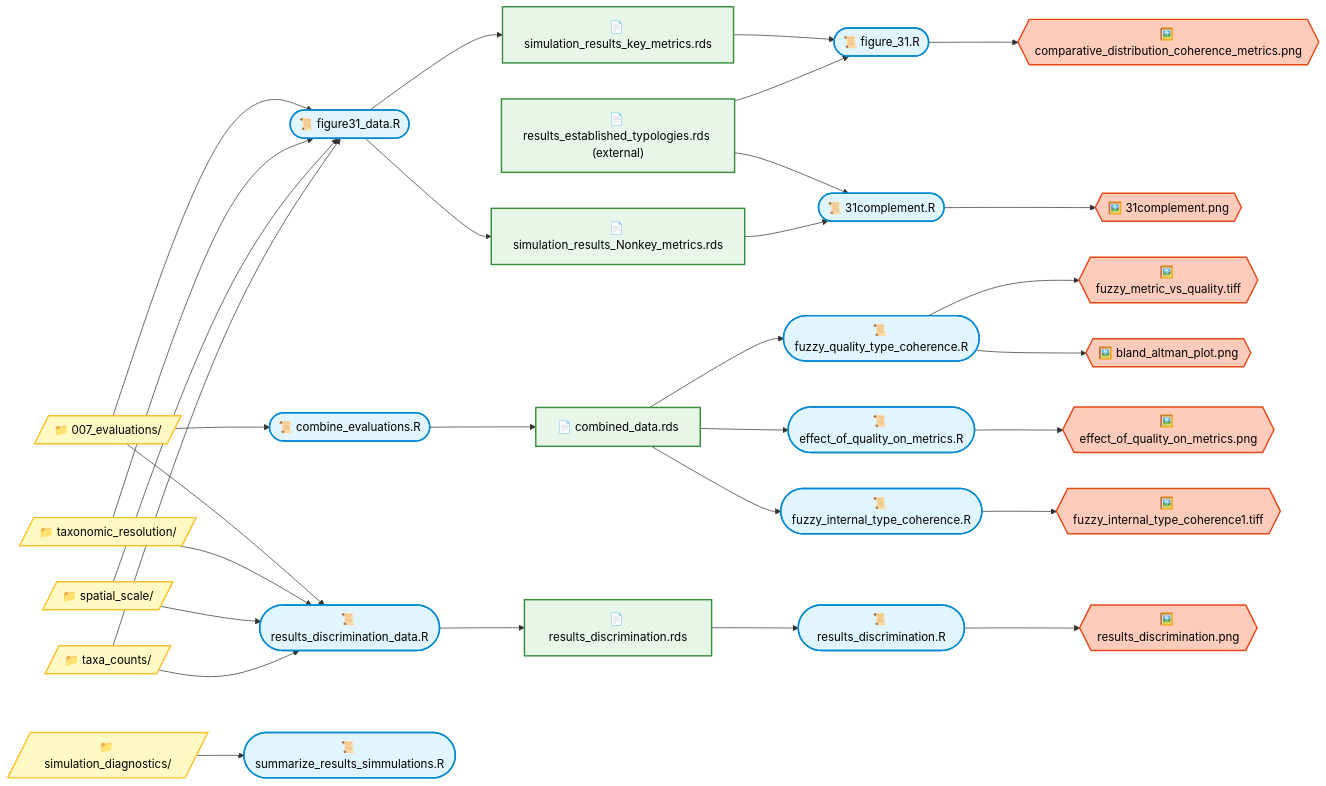
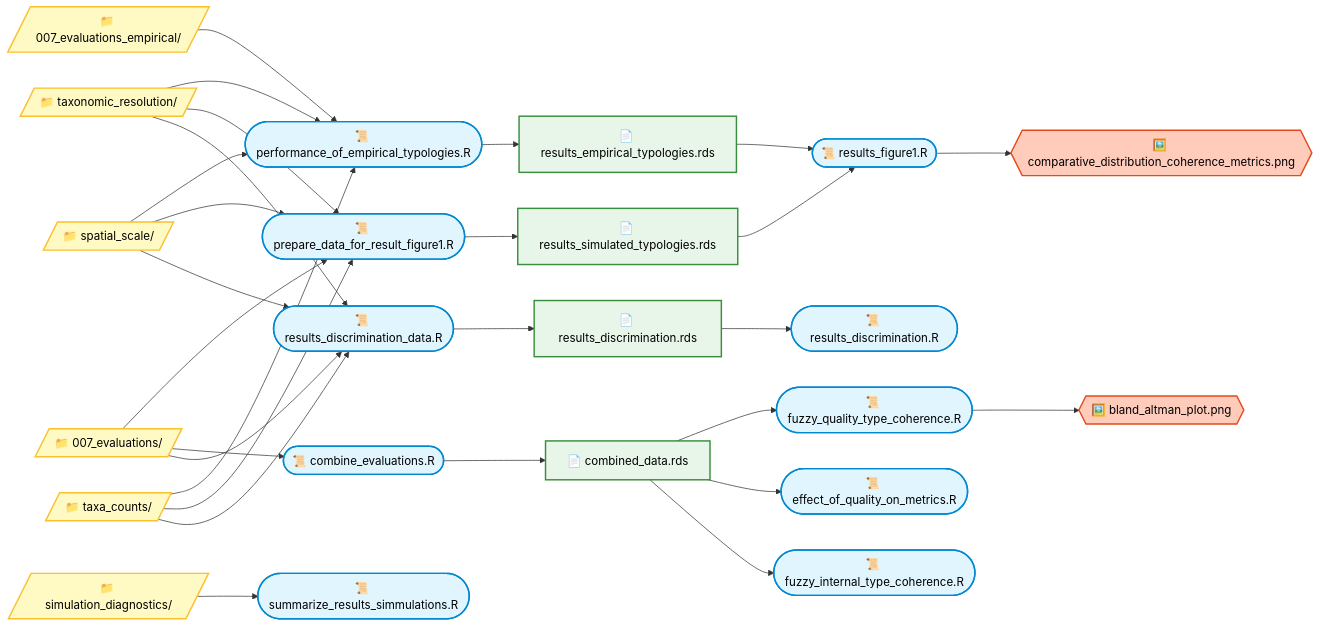
Before and after one commit to JonJup/FreshwaterTypologyBenchmarks: the first of 3 diagrams in docs/04_results_to_paper.md, drawn with Mermaid. The commit also changed other lines of this file, not shown here.

Commit message:
Update workflows and scripts in results paper

````diff
--- a/docs/04_results_to_paper.md
+++ b/docs/04_results_to_paper.md
@@ -41,82 +3,75 @@
-``` mermaid
+```mermaid
 flowchart LR
-
 classDef script fill:#E1F5FE,stroke:#0288D1,stroke-width:2px,color:#000
 classDef helper fill:#F3E5F5,stroke:#7B1FA2,stroke-width:2px,color:#000
 classDef file fill:#E8F5E9,stroke:#388E3C,stroke-width:2px,color:#000
 classDef folder fill:#FFF9C4,stroke:#FBC02D,stroke-width:2px,color:#000
 classDef figure fill:#FFCCBC,stroke:#E64A19,stroke-width:2px,color:#000
 
 %% Folders
-D1[/"📁 007_evaluations/"/]:::folder
-D2[/"📁 taxonomic_resolution/"/]:::folder
-D3[/"📁 spatial_scale/"/]:::folder
-D4[/"📁 taxa_counts/"/]:::folder
-D5[/"📁 simulation_diagnostics/"/]:::folder
+FD_EMP[/"📁 007_evaluations_empirical/"/]:::folder
+FD_EVAL[/"📁 007_evaluations/"/]:::folder
+FD_TAX[/"📁 taxonomic_resolution/"/]:::folder
+FD_SPA[/"📁 spatial_scale/"/]:::folder
+FD_CNT[/"📁 taxa_counts/"/]:::folder
+FD_SIM[/"📁 simulation_diagnostics/"/]:::folder
 
-%% Scripts
-S1(["📜 figure31_data.R"]):::script
-S2(["📜 combine_evaluations.R"]):::script
-S3(["📜 results_discrimination_data.R"]):::script
-S4(["📜 summarize_results_simmulations.R"]):::script
+%% Data-prep Scripts
+S_PERF(["📜 performance_of_empirical_typologies.R"]):::script
+S_PREP(["📜 prepare_data_for_result_figure1.R"]):::script
+S_COMB(["📜 combine_evaluations.R"]):::script
+S_DISC(["📜 results_discrimination_data.R"]):::script
+S_SUMM(["📜 summarize_results_simmulations.R"]):::script
 
 %% Figure Scripts
-SF1(["📜 figure_31.R"]):::script
-SF2(["📜 31complement.R"]):::script
-SF3(["📜 fuzzy_quality_type_coherence.R"]):::script
-SF4(["📜 effect_of_quality_on_metrics.R"]):::script
-SF5(["📜 fuzzy_internal_type_coherence.R"]):::script
-SF6(["📜 results_discrimination.R"]):::script
+SF_FIG1(["📜 results_figure1.R"]):::script
+SF_QTC(["📜 fuzzy_quality_type_coherence.R"]):::script
+SF_EQM(["📜 effect_of_quality_on_metrics.R"]):::script
+SF_ITC(["📜 fuzzy_internal_type_coherence.R"]):::script
+SF_DISC(["📜 results_discrimination.R"]):::script
 
 %% Files
-F1["📄 simulation_results_key_metrics.rds"]:::file
-F2["📄 simulation_results_Nonkey_metrics.rds"]:::file
-F3["📄 combined_data.rds"]:::file
-F4["📄 results_discrimination.rds"]:::file
-F5["📄 results_established_typologies.rds (external)"]:::file
+F_EMP["📄 results_empirical_typologies.rds"]:::file
+F_SIM["📄 results_simulated_typologies.rds"]:::file
+F_COMB["📄 combined_data.rds"]:::file
+F_DISC["📄 results_discrimination.rds"]:::file
 
 %% Figures
-G1{{"🖼️ comparative_distribution_coherence_metrics.png"}}:::figure
-G2{{"🖼️ 31complement.png"}}:::figure
-G3{{"🖼️ fuzzy_metric_vs_quality.tiff"}}:::figure
-G4{{"🖼️ bland_altman_plot.png"}}:::figure
-G5{{"🖼️ effect_of_quality_on_metrics.png"}}:::figure
-G6{{"🖼️ fuzzy_internal_type_coherence1.tiff"}}:::figure
-G7{{"🖼️ results_discrimination.png"}}:::figure
+G_CDC{{"🖼️ comparative_distribution_coherence_metrics.png"}}:::figure
+G_BA{{"🖼️ bland_altman_plot.png"}}:::figure
 
-%% Edges
-D1 --> S1
-D1 --> S2
-D1 --> S3
-D2 --> S1
-D2 --> S3
-D3 --> S1
-D3 --> S3
-D4 --> S1
-D4 --> S3
-D5 --> S4
+%% Folder -> Script edges
+FD_EMP --> S_PERF
+FD_TAX --> S_PERF
+FD_SPA --> S_PERF
+FD_CNT --> S_PERF
 
-S1 --> F1
-S1 --> F2
-S2 --> F3
-S3 --> F4
+FD_EVAL --> S_PREP
+FD_EVAL --> S_COMB
+FD_EVAL --> S_DISC
+FD_TAX --> S_PREP
+FD_TAX --> S_DISC
+FD_SPA --> S_PREP
+FD_SPA --> S_DISC
+FD_CNT --> S_PREP
+FD_CNT --> S_DISC
+FD_SIM --> S_SUMM
 
-F1 --> SF1
-F5 --> SF1
-F5 --> SF2
-F2 --> SF2
+%% Script -> File edges
+S_PERF --> F_EMP
+S_PREP --> F_SIM
+S_COMB --> F_COMB
+S_DISC --> F_DISC
 
-F3 --> SF3
-F3 --> SF4
-F3 --> SF5
-F4 --> SF6
+%% File -> Figure-script edges
+F_EMP --> SF_FIG1
+F_SIM --> SF_FIG1
+F_COMB --> SF_QTC
+F_COMB --> SF_EQM
+F_COMB --> SF_ITC
+F_DISC --> SF_DISC
 
-SF1 --> G1
-SF2 --> G2
-SF3 --> G3
-SF3 --> G4
-SF4 --> G5
-SF5 --> G6
-SF6 --> G7
-
+%% Figure-script -> Figure edges
+SF_FIG1 --> G_CDC
+SF_QTC --> G_BA
 ```
````
